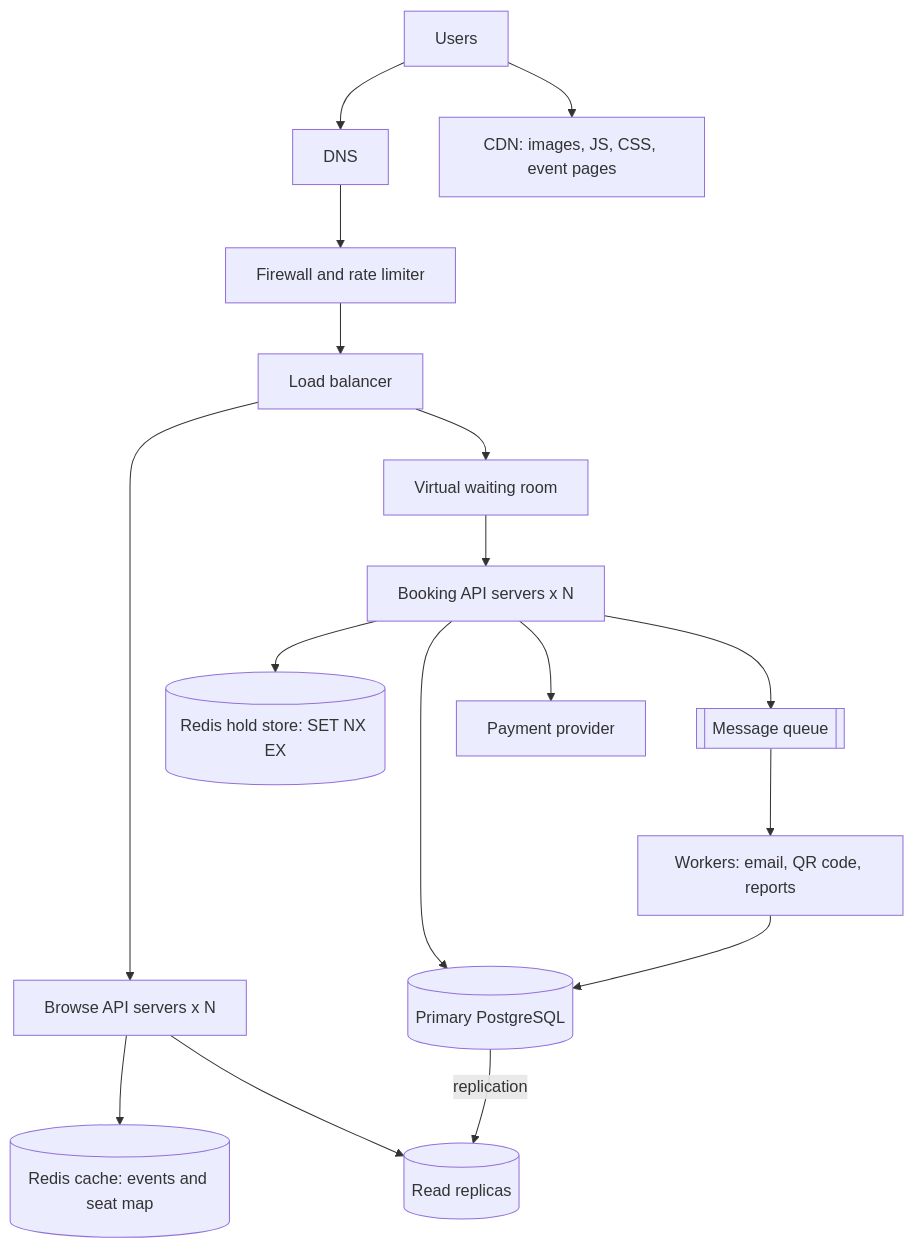
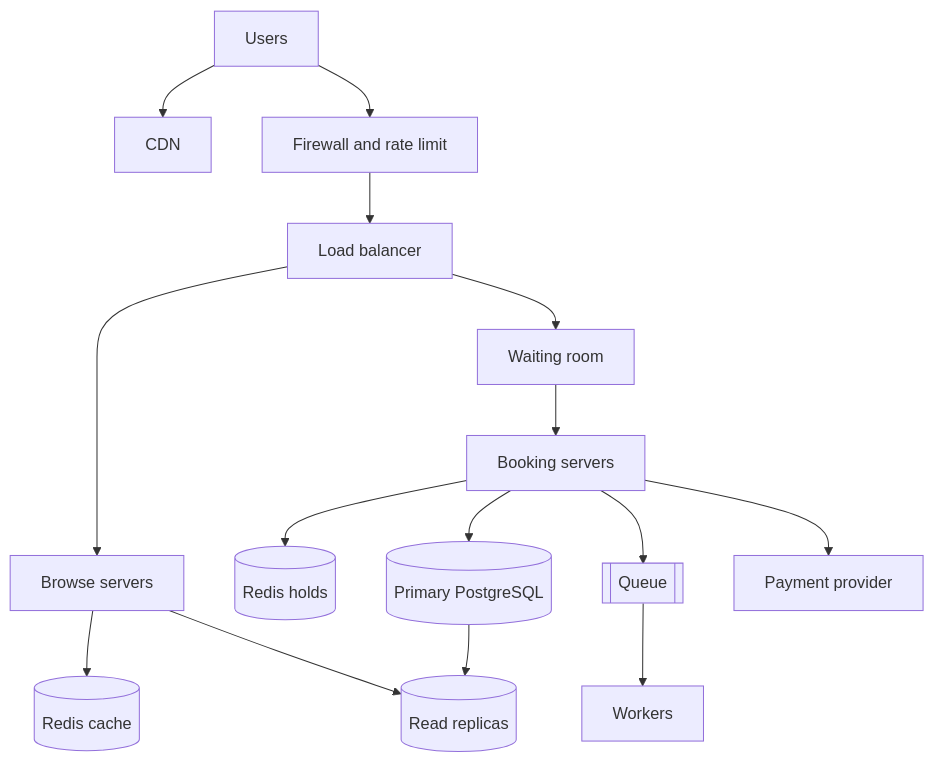
The diagram in day8/ticketing-design.md (Basuben/web-foundations-days), drawn with Mermaid before and after one commit. The commit also changed other lines of this file and 1 other file, not shown here.

````diff
--- a/day8/ticketing-design.md
+++ b/day8/ticketing-design.md
@@ -135,19 +33,16 @@
 ```mermaid
 flowchart TD
-    U[Users] --> DNS[DNS]
-    U --> CDN[CDN: images, JS, CSS, event pages]
-    DNS --> WAF[Firewall and rate limiter]
-    WAF --> LB[Load balancer]
-    LB --> BR[Browse API servers x N]
-    LB --> WR[Virtual waiting room]
-    WR --> BK[Booking API servers x N]
-    BR --> CACHE[(Redis cache: events and seat map)]
-    BR --> RR[(Read replicas)]
-    BK --> HOLD[(Redis hold store: SET NX EX)]
-    BK --> PDB[(Primary PostgreSQL)]
-    PDB -- replication --> RR
-    BK --> PAY[Payment provider]
-    BK --> Q[[Message queue]]
-    Q --> W[Workers: email, QR code, reports]
-    W --> PDB
+ U[Users] --> CDN[CDN]
+ U --> FW[Firewall and rate limit]
+ FW --> LB[Load balancer]
+ LB --> BR[Browse servers]
+ LB --> WR[Waiting room]
+ WR --> BK[Booking servers]
+ BR --> C[(Redis cache)]
+ BR --> RR[(Read replicas)]
+ BK --> H[(Redis holds)]
+ BK --> P[(Primary PostgreSQL)]
+ P --> RR
+ BK --> Q[[Queue]] --> W[Workers]
+ BK --> PAY[Payment provider]
 ```
````
